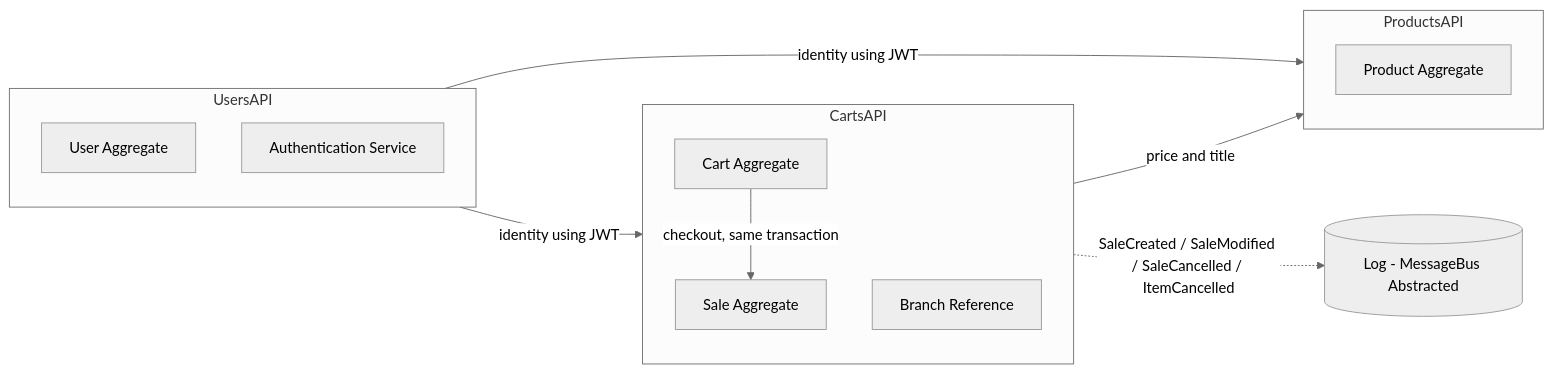
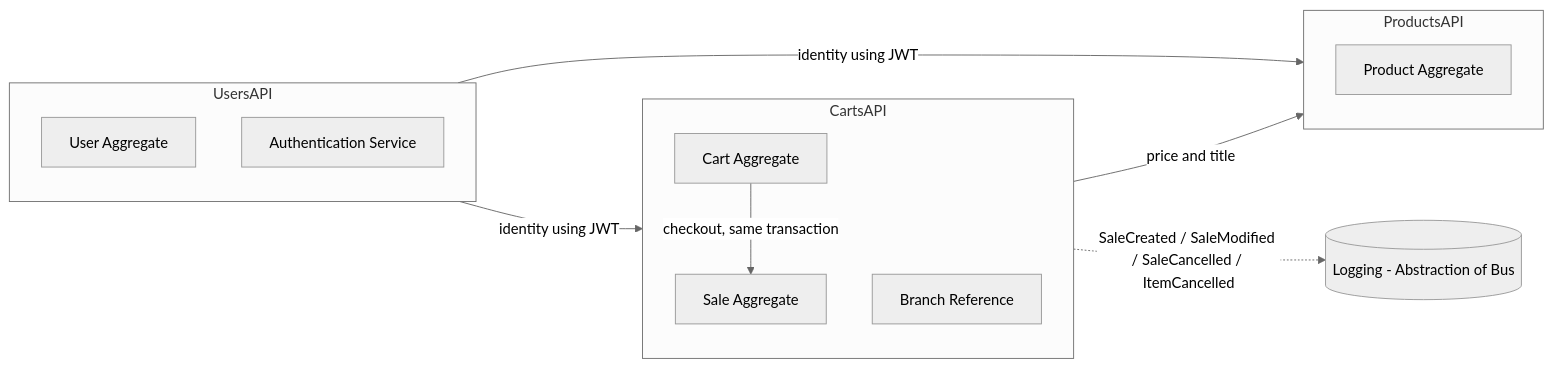
One commit to dante-escame/abi-gth-omnia-dev-eval changed the first of 7 diagrams in .doc/my-own/diagrams.md. Above: the diagram before and after it, drawn with Mermaid (neutral theme). The commit also changed other lines of this file and 1 other file, not shown here.

Commit message:
docs: test scenarios and diagrams

````diff
--- a/.doc/my-own/diagrams.md
+++ b/.doc/my-own/diagrams.md
@@ -5,21 +5,21 @@
 ```mermaid
 flowchart LR
     subgraph IAM["UsersAPI"]
         U[User Aggregate]
         AUTH[Authentication Service]
     end
     subgraph CAT["ProductsAPI"]
         P[Product Aggregate]
     end
     subgraph SALES["CartsAPI"]
         C[Cart Aggregate]
         S[Sale Aggregate]
         BR[Branch Reference]
     end
 
     C -- "checkout, same transaction" --> S
     SALES -- "price and title" --> CAT
     IAM -- "identity using JWT" --> SALES
     IAM -- "identity using JWT" --> CAT
-    SALES -.->|"SaleCreated / SaleModified / SaleCancelled / ItemCancelled"| BUS[(Log - MessageBus Abstracted)]
+    SALES -.->|"SaleCreated / SaleModified / SaleCancelled / ItemCancelled"| BUS[(Logging - Abstraction of Bus)]
 ```
````
